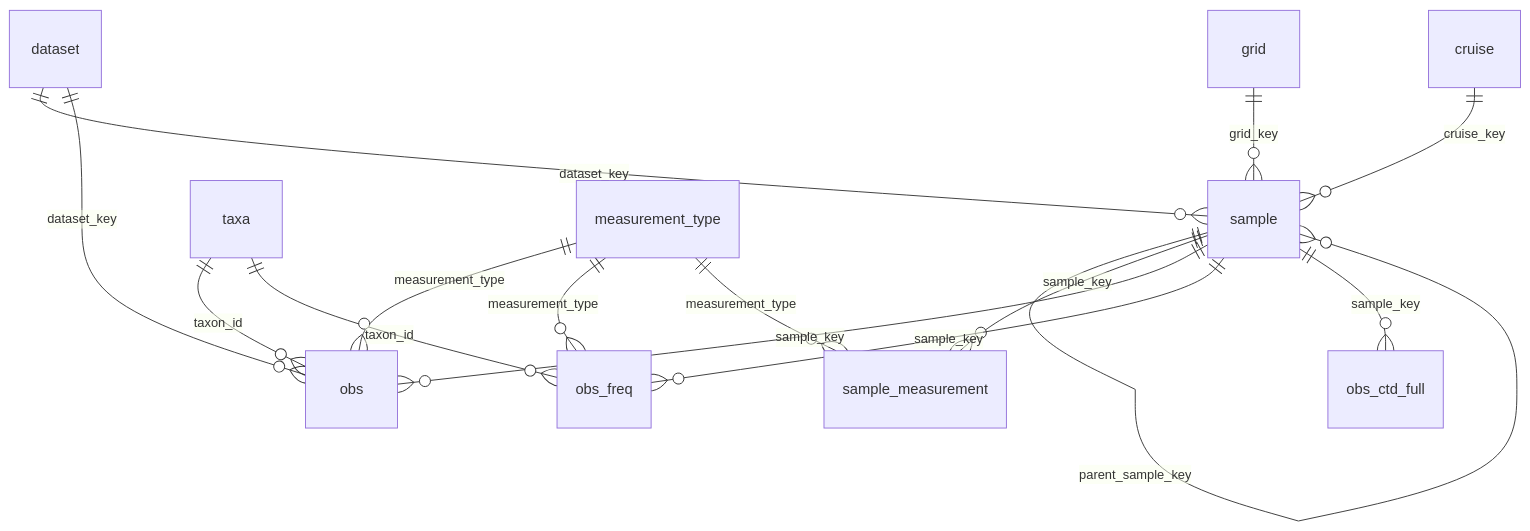
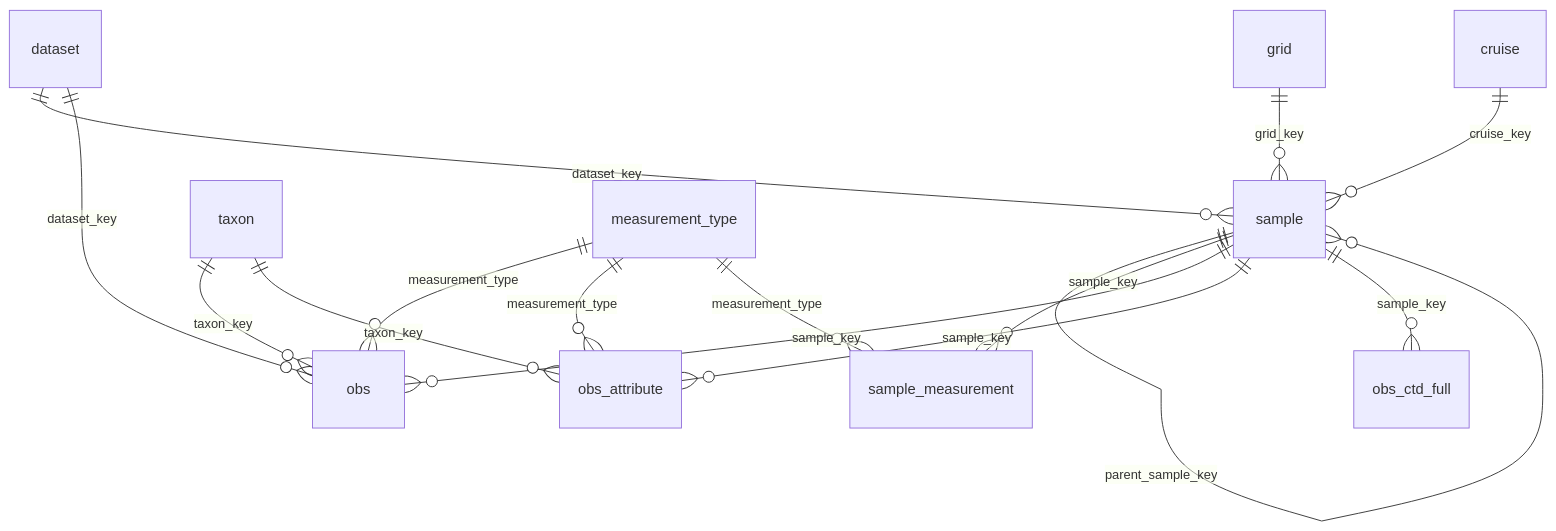
One commit to CalCOFI/workflows changed the second of 2 diagrams in design_env-bio-consolidation.md. Above: the diagram before and after it, drawn with Mermaid. The commit also changed other lines of this file and 43 other files, not shown here.

First line of the commit message:
feat(schema,questions): data_stage on sample; depth range + derivation; one question registry

````diff
--- a/design_env-bio-consolidation.md
+++ b/design_env-bio-consolidation.md
@@ -423,17 +430,17 @@
 ```mermaid
 erDiagram
   dataset          ||--o{ sample             : dataset_key
   grid             ||--o{ sample             : grid_key
   cruise           ||--o{ sample             : cruise_key
   sample           ||--o{ sample             : parent_sample_key
   sample           ||--o{ sample_measurement : sample_key
   sample           ||--o{ obs                : sample_key
-  sample           ||--o{ obs_freq           : sample_key
+  sample           ||--o{ obs_attribute      : sample_key
   sample           ||--o{ obs_ctd_full       : sample_key
   dataset          ||--o{ obs                : dataset_key
-  taxa             ||--o{ obs                : taxon_id
-  taxa             ||--o{ obs_freq           : taxon_id
+  taxon            ||--o{ obs                : taxon_key
+  taxon            ||--o{ obs_attribute      : taxon_key
   measurement_type ||--o{ obs                : measurement_type
-  measurement_type ||--o{ obs_freq           : measurement_type
+  measurement_type ||--o{ obs_attribute      : measurement_type
   measurement_type ||--o{ sample_measurement : measurement_type
 ```
````
